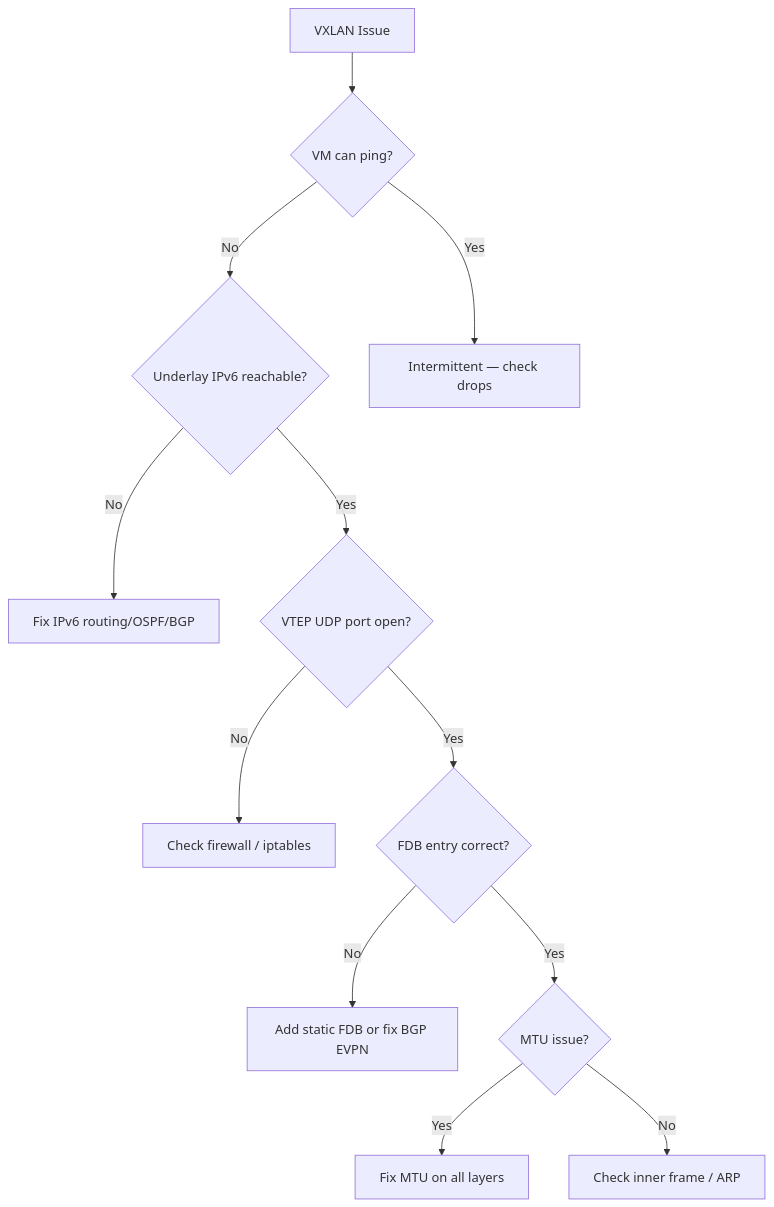
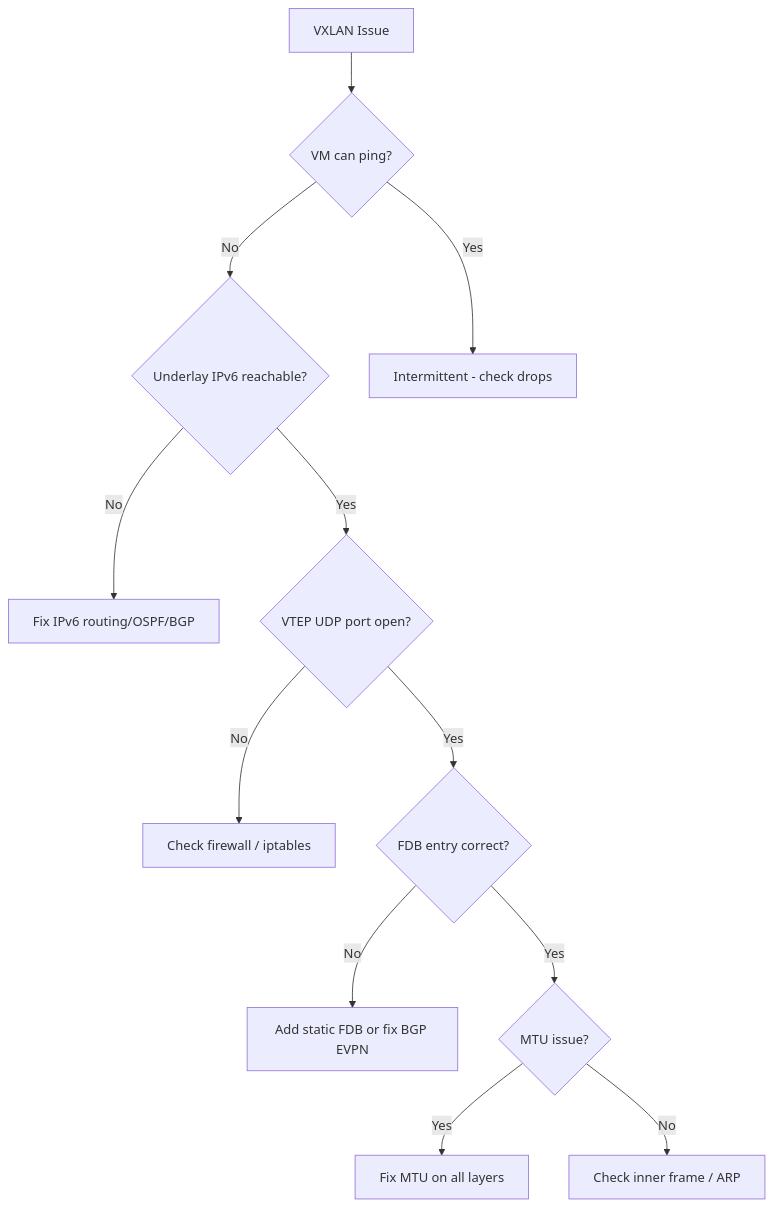
The diagram in posts/2026-03-20-debug-vxlan-ipv6/README.md (wildfirebill-web/oneuptime-blog), drawn with Mermaid before and after one commit. The commit also changed other lines of this file and 41565 other files, not shown here.

````diff
--- a/posts/2026-03-20-debug-vxlan-ipv6/README.md
+++ b/posts/2026-03-20-debug-vxlan-ipv6/README.md
@@ -11,14 +11,14 @@
 ```mermaid
 flowchart TD
     A[VXLAN Issue] --> B{VM can ping?}
     B -->|No| C{Underlay IPv6 reachable?}
     C -->|No| D[Fix IPv6 routing/OSPF/BGP]
     C -->|Yes| E{VTEP UDP port open?}
     E -->|No| F[Check firewall / iptables]
     E -->|Yes| G{FDB entry correct?}
     G -->|No| H[Add static FDB or fix BGP EVPN]
     G -->|Yes| I{MTU issue?}
     I -->|Yes| J[Fix MTU on all layers]
     I -->|No| K[Check inner frame / ARP]
-    B -->|Yes| L[Intermittent — check drops]
+    B -->|Yes| L[Intermittent - check drops]
 ```
````
